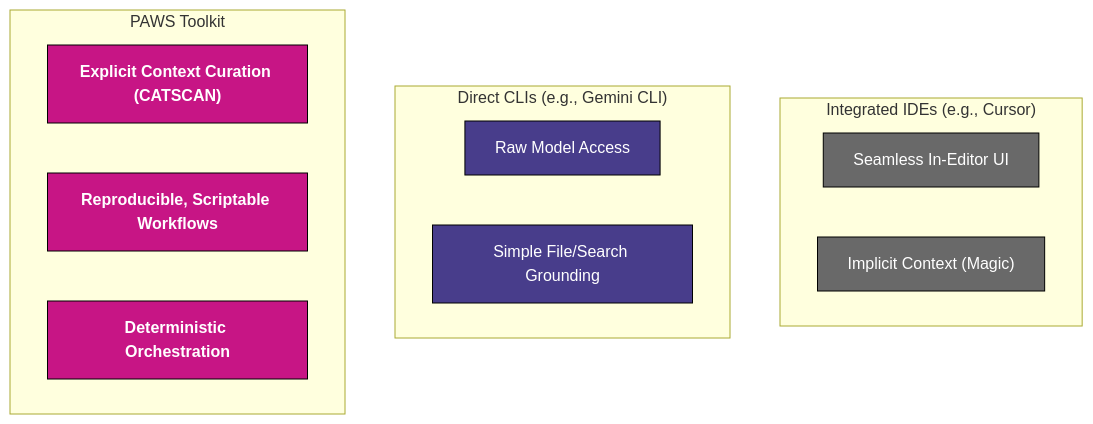
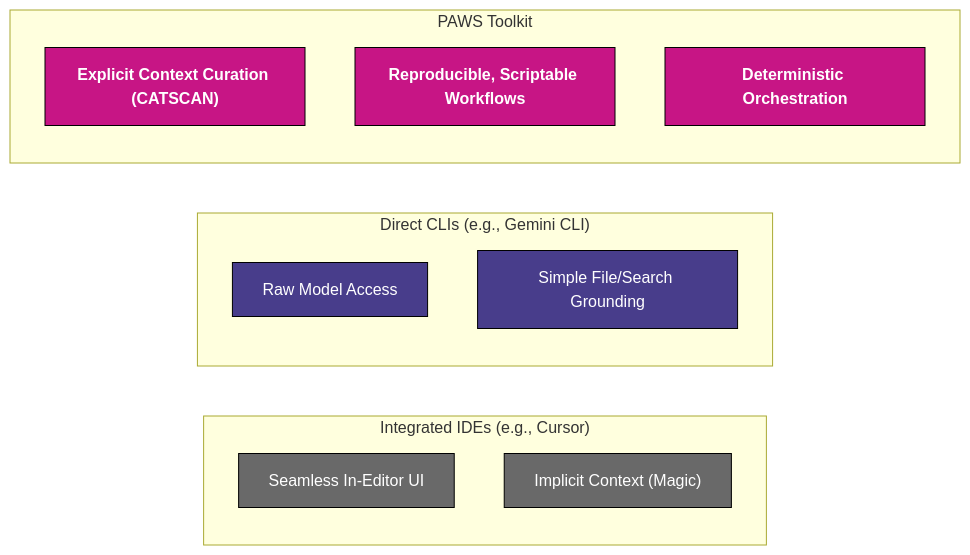
Before and after one commit to clocksmith/paws: the first of 3 diagrams in README.md, drawn with Mermaid.

````diff
--- a/README.md
+++ b/README.md
@@ -13,23 +13,23 @@
 ```mermaid
-graph TD
+graph LR
     subgraph "Integrated IDEs (e.g., Cursor)"
         A1["Seamless In-Editor UI"]
         A2["Implicit Context (Magic)"]
     end
     subgraph "Direct CLIs (e.g., Gemini CLI)"
         B1["Raw Model Access"]
         B2["Simple File/Search Grounding"]
     end
     subgraph "PAWS Toolkit"
         C1["<b>Explicit Context Curation (CATSCAN)</b>"]
         C2["<b>Reproducible, Scriptable Workflows</b>"]
         C3["<b>Deterministic Orchestration</b>"]
     end
 
     classDef paws fill:#C71585,stroke:#000,color:#fff;
     classDef ide fill:#696969,stroke:#000,color:#fff;
     classDef cli fill:#483D8B,stroke:#000,color:#fff;
     class A1,A2 ide;
     class B1,B2 cli;
     class C1,C2,C3 paws;
 ```
````
